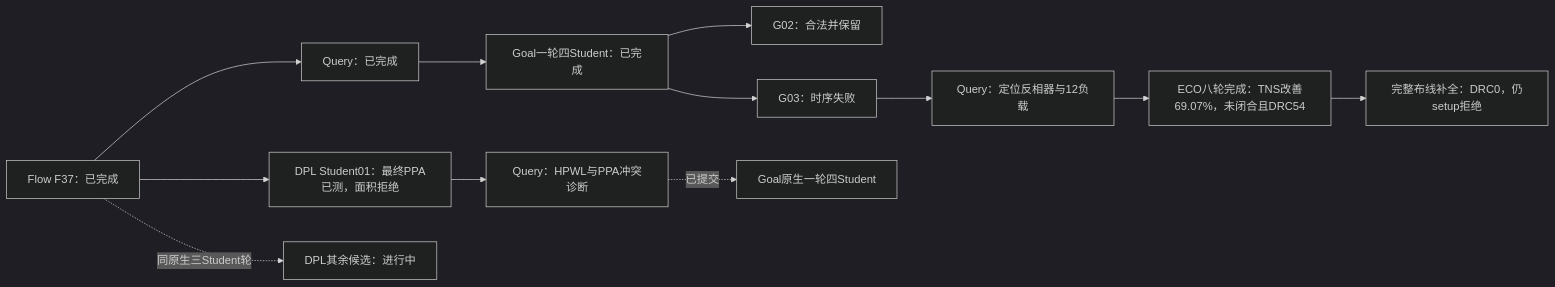
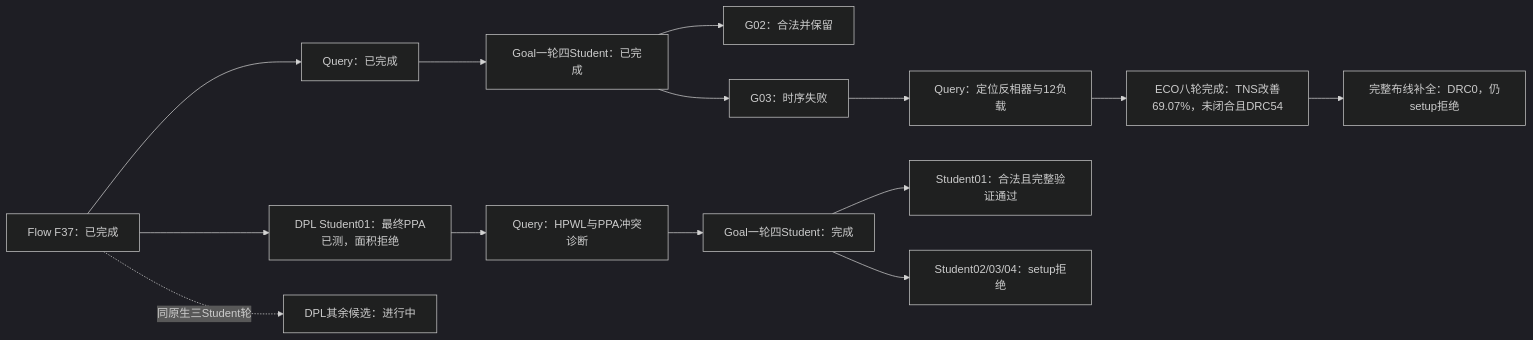
One commit to CODA-Team/ChipEvolve changed the first of 2 diagrams in admin/INVITED_PAPER_RESULTS_20261020.md. Above: the diagram before and after it, drawn with Mermaid (dark theme). The commit also changed other lines of this file and 6 other files, not shown here.

````diff
--- a/admin/INVITED_PAPER_RESULTS_20261020.md
+++ b/admin/INVITED_PAPER_RESULTS_20261020.md
@@ -35,14 +41,16 @@
 ```mermaid
 flowchart LR
  F[Flow F37：已完成] --> Q[Query：已完成]
  Q --> G[Goal一轮四Student：已完成]
  G --> G2[G02：合法并保留]
  G --> G3[G03：时序失败]
  G3 --> QE[Query：定位反相器与12负载]
  QE --> E[ECO八轮完成：TNS改善69.07%，未闭合且DRC54]
  E --> R[完整布线补全：DRC0，仍setup拒绝]
  F --> D1[DPL Student01：最终PPA已测，面积拒绝]
  F -. 同原生三Student轮 .-> D[DPL其余候选：进行中]
  D1 --> QD[Query：HPWL与PPA冲突诊断]
- QD -. 已提交 .-> GN[Goal原生一轮四Student]
+ QD --> GN[Goal一轮四Student：完成]
+ GN --> DG1[Student01：合法且完整验证通过]
+ GN --> DGX[Student02/03/04：setup拒绝]
 ```
````
